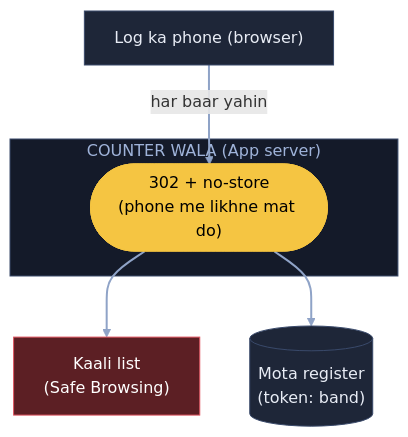
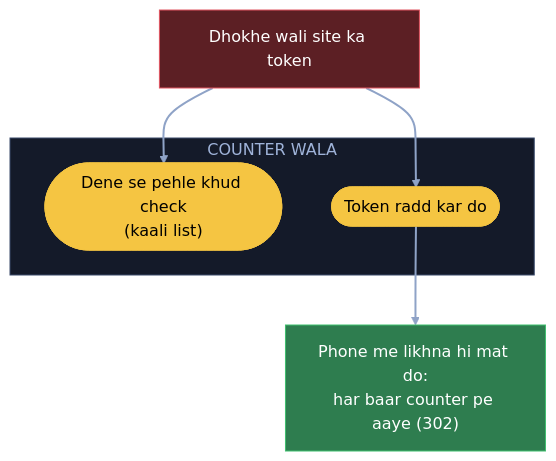
Diagram 12 of 13 in 04_HLD/SYSTEM_DESIGNS/01_url_shortener/01_url_shortener.md (ArpanMaheshwari144/Prep), drawn with Mermaid before and after one commit. The commit also changed other lines of this file, not shown here.

Commit message:
URL: 13 diagram hand notes ke shabdon se (K4 naya), K7 / K12 kahani notes jaisi

````diff
--- a/04_HLD/SYSTEM_DESIGNS/01_url_shortener/01_url_shortener.md
+++ b/04_HLD/SYSTEM_DESIGNS/01_url_shortener/01_url_shortener.md
@@ -359,18 +380,18 @@
 ```mermaid
 flowchart TB
-    U["Log ka phone (browser)"]:::card
-    subgraph C["COUNTER WALA (App server)"]
-        N(["302 + no-store<br/>(phone me likhne mat do)"]):::pill
+    T["Dhokhe wali site ka token"]:::bad
+    subgraph CW["COUNTER WALA"]
+        K(["Dene se pehle khud check<br/>(kaali list)"]):::pill
+        R(["Token radd kar do"]):::pill
     end
-    K["Kaali list<br/>(Safe Browsing)"]:::bad
-    D[("Mota register<br/>(token: band)")]:::card
-    U -- "har baar yahin" --> N
-    N --> K
-    N --> D
+    PH["Phone me likhna hi mat do:<br/>har baar counter pe aaye (302)"]:::good
+    T --> K
+    T --> R
+    R --> PH
     linkStyle default stroke:#8fa3c7,stroke-width:2px
     classDef card fill:#1e2638,stroke:#3a4a6b,color:#e8ecf5
     classDef pill fill:#f5c542,stroke:#f5c542,color:#000
     classDef good fill:#2e7d4f,stroke:#3fbf6f,color:#fff
     classDef bad fill:#5c1f24,stroke:#e05561,color:#fff
-    style C fill:#141a29,stroke:#3a4a6b,color:#9fb3d9
+    style CW fill:#141a29,stroke:#3a4a6b,color:#9fb3d9
 ```
````
